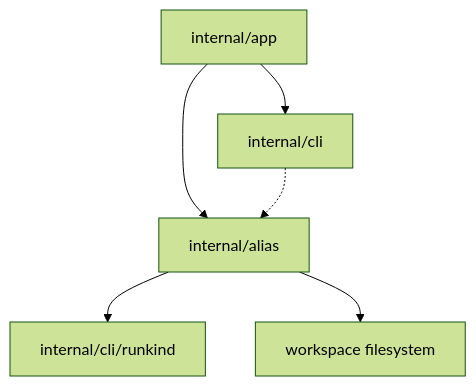
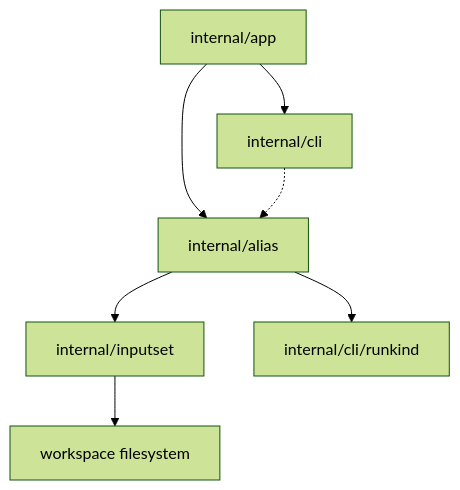
Before and after one commit to kimak-irmagi/taidon: the diagram in docs/architecture/alias-inspection-component-structure.RU.md, drawn with Mermaid (forest theme). The commit also changed other lines of this file and 16 other files, not shown here.

Commit message:
Proposed architecture refinement documented

````diff
--- a/docs/architecture/alias-inspection-component-structure.RU.md
+++ b/docs/architecture/alias-inspection-component-structure.RU.md
@@ -192,14 +175,16 @@
 ```mermaid
 flowchart TB
   APP["internal/app"]
   ALIAS["internal/alias"]
+  INPUTSET["internal/inputset"]
   CLI["internal/cli"]
   RUNKIND["internal/cli/runkind"]
   FS["workspace filesystem"]
 
   APP --> ALIAS
   APP --> CLI
+  ALIAS --> INPUTSET
   ALIAS --> RUNKIND
-  ALIAS --> FS
+  INPUTSET --> FS
   CLI -.-> ALIAS
 ```
````
